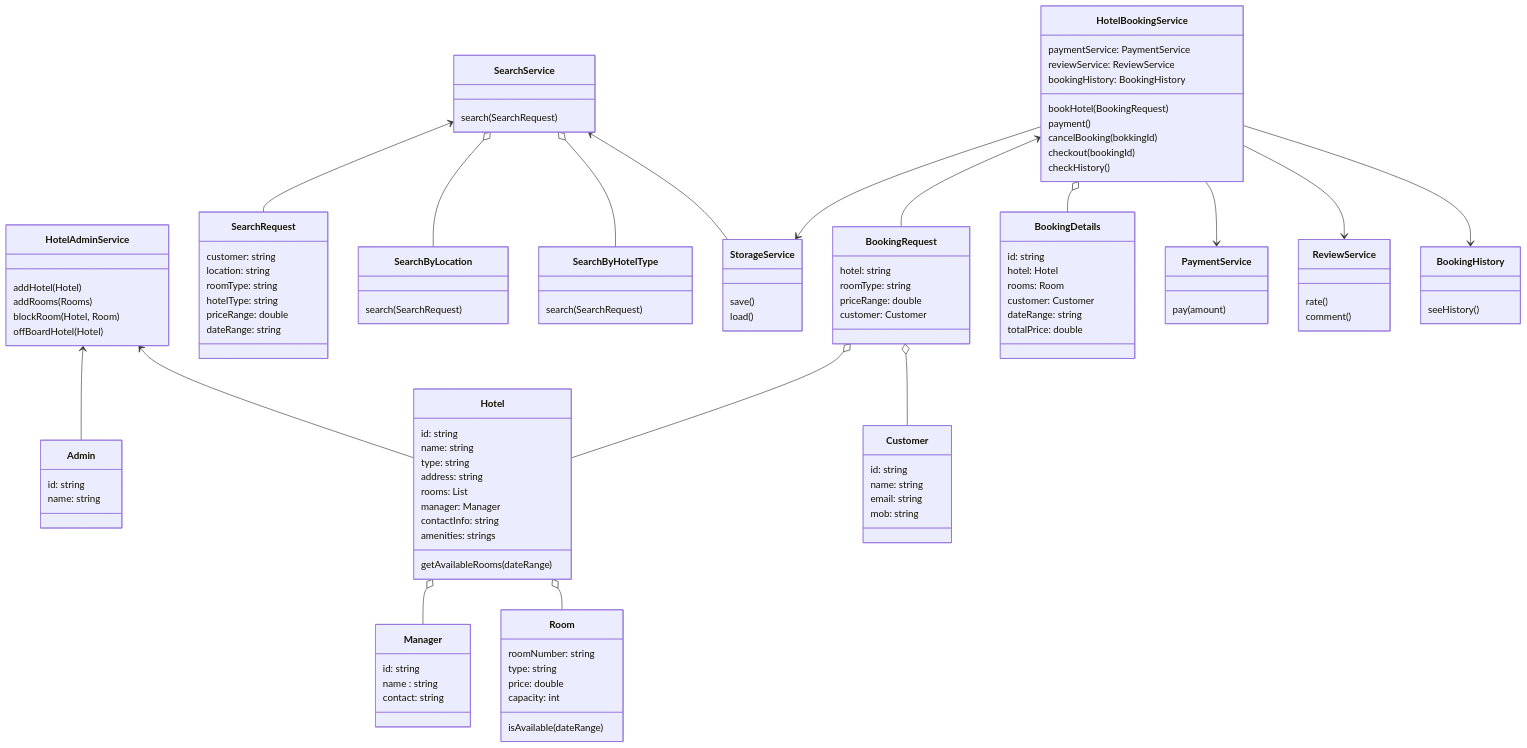
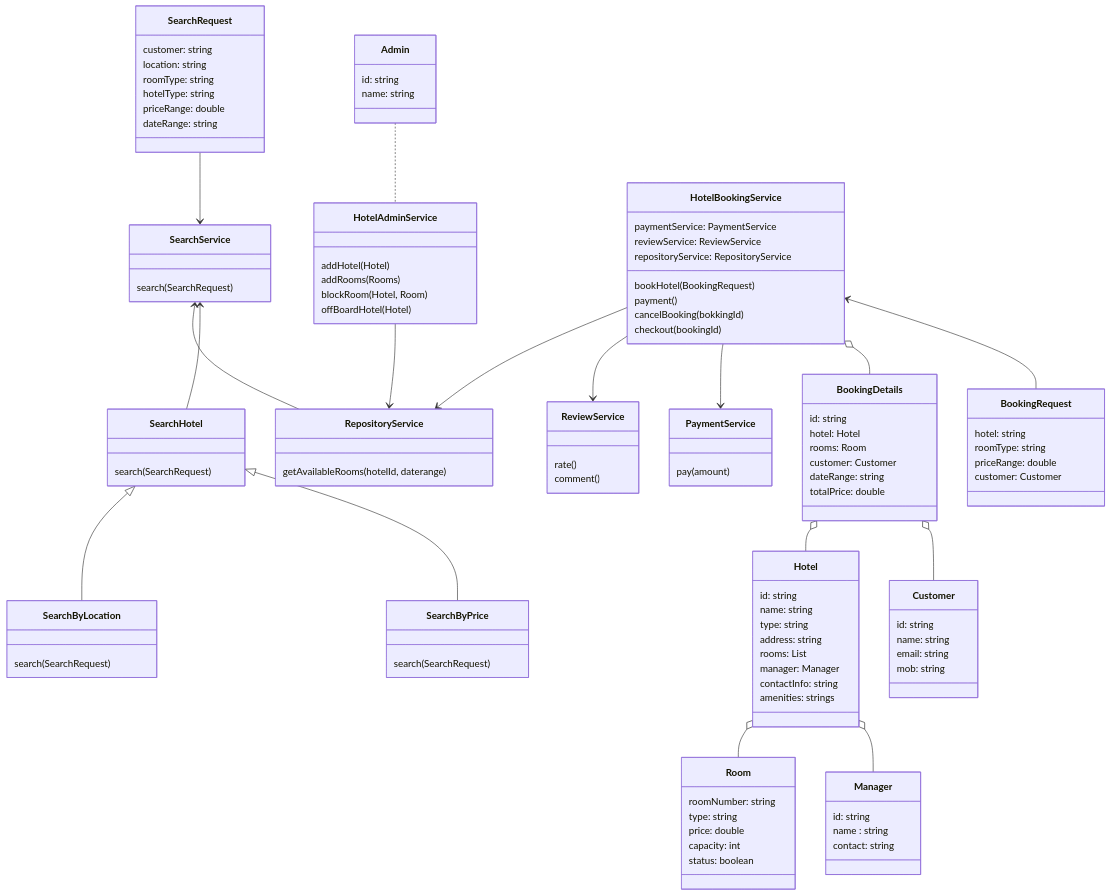
The diagram in hotel-booking-system/LLD.md (abusk/MyLLDs), drawn with Mermaid before and after one commit. The commit also changed other lines of this file and 57 other files, not shown here.

Commit message:
add hotel booking LLD

````diff
--- a/hotel-booking-system/LLD.md
+++ b/hotel-booking-system/LLD.md
@@ -28,5 +28,15 @@
 ```mermaid
 classDiagram
+class SearchByPrice {
+    search(SearchRequest)
+}
+class SearchHotel {
+    search(SearchRequest)
+}
+class SearchByLocation {
+    search(SearchRequest)
+}
+
 class Admin {
         id: string
         name: string
@@ -45,21 +55,15 @@
         manager: Manager
         contactInfo: string
         amenities: strings
-        getAvailableRooms(dateRange)
 }
 class Room {
         roomNumber: string
         type: string
         price: double
         capacity: int
-        isAvailable(dateRange)
+        status: boolean
 }
-class HotelAdminService {
-        addHotel(Hotel)
-        addRooms(Rooms)
-        blockRoom(Hotel, Room)
-        offBoardHotel(Hotel)
-}
+
 class Customer {
         id: string
         name: string
@@ -77,16 +81,13 @@
 class SearchService { 
         search(SearchRequest)
 }
-class SearchByLocation {
-    search(SearchRequest)
+class HotelAdminService {
+    addHotel(Hotel)
+    addRooms(Rooms)
+    blockRoom(Hotel, Room)
+    offBoardHotel(Hotel)
 }
-class SearchByHotelType {
-    search(SearchRequest)
-}
-class StorageService {
-        save()
-        load()
-    }
+
 class BookingRequest { 
         hotel: string
         roomType: string
@@ -104,12 +105,11 @@
 class HotelBookingService {
         paymentService: PaymentService  
         reviewService: ReviewService
-        bookingHistory: BookingHistory
+        repositoryService: RepositoryService 
         bookHotel(BookingRequest)
         payment()
         cancelBooking(bokkingId)
         checkout(bookingId)
-        checkHistory()
 } 
 class PaymentService {
         pay(amount)
@@ -118,26 +118,26 @@
         rate()
         comment()
 }
-class  BookingHistory {
-        seeHistory()
+
+class RepositoryService {
+    getAvailableRooms(hotelId, daterange)
 }
 
-
-        HotelAdminService <-- Admin
+        SearchHotel <|-- SearchByPrice
+        SearchHotel <|-- SearchByLocation
+        SearchRequest --> SearchService
+        SearchService <-- SearchHotel
+        Admin .. HotelAdminService
         Hotel o-- Manager
         Hotel o-- Room
-        HotelAdminService  <-- Hotel
-        SearchService <-- SearchRequest
-        SearchService o-- SearchByLocation
-        SearchService o-- SearchByHotelType 
-        SearchService <-- StorageService
-        BookingRequest o-- Customer
-        BookingRequest o-- Hotel
+        HotelAdminService  --> RepositoryService
+        BookingDetails o-- Customer
+        BookingDetails o-- Hotel
         HotelBookingService <-- BookingRequest
         HotelBookingService o-- BookingDetails
         HotelBookingService --> PaymentService
-        HotelBookingService --> ReviewService 
-        HotelBookingService -->  BookingHistory 
-        HotelBookingService --> StorageService 
+        HotelBookingService --> ReviewService
+        HotelBookingService --> RepositoryService
+        SearchService <-- RepositoryService
 
 ```
````
